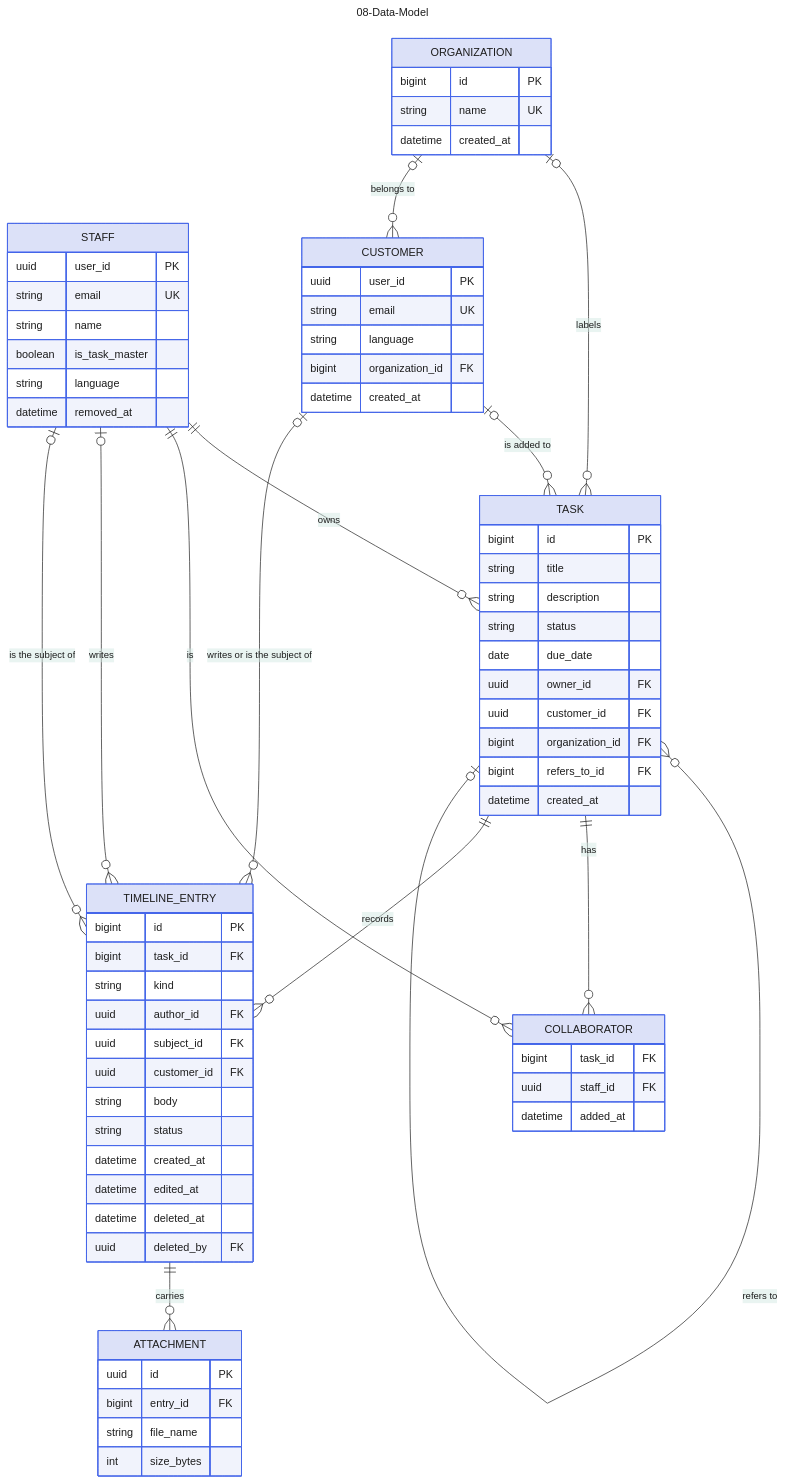
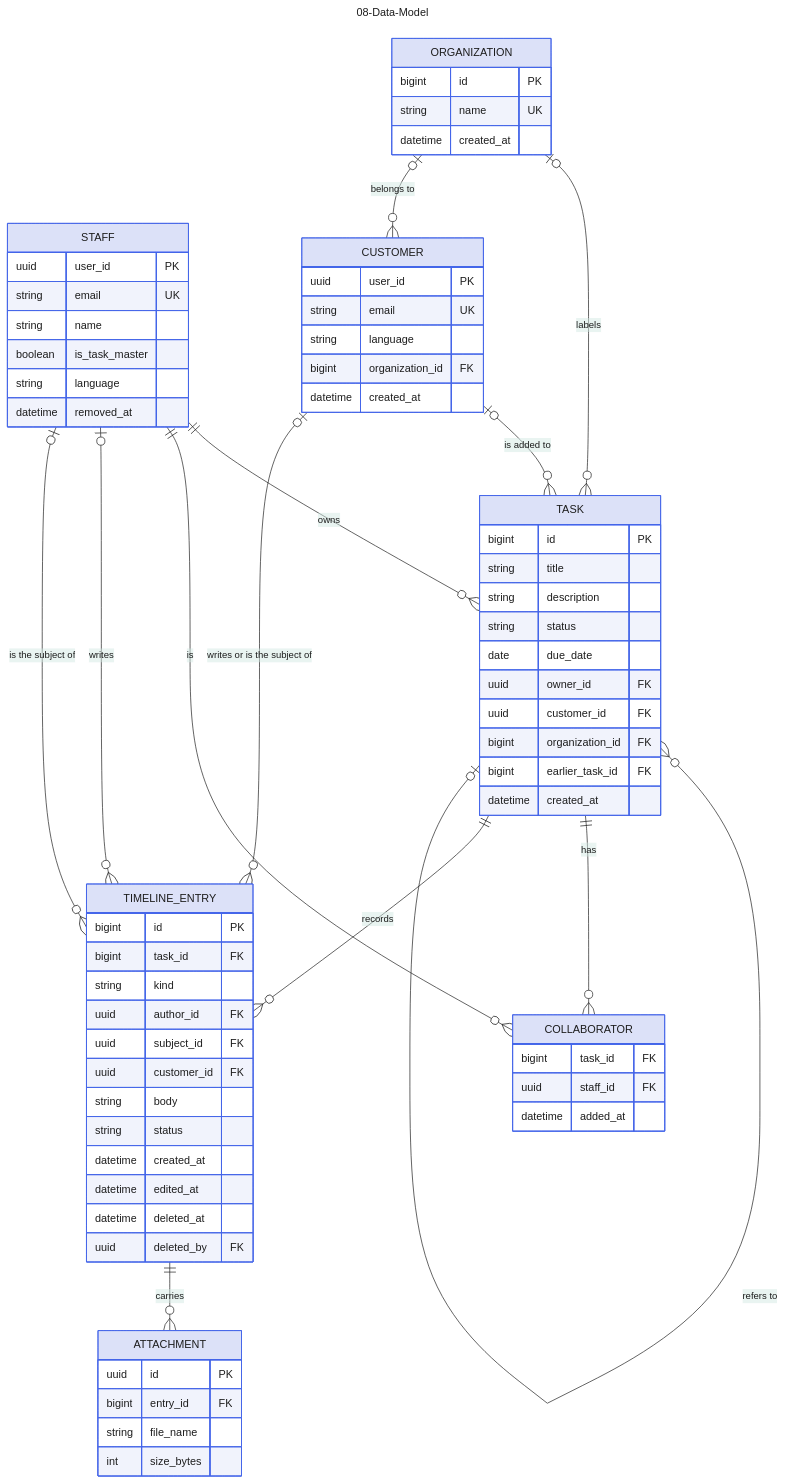
One commit to jedt3d/tasuku changed the diagram in docs/diagram/08-Data-Model.md. Above: the diagram before and after it, drawn with Mermaid. The commit also changed other lines of this file and 4 other files, not shown here.

Commit message:
docs: sync the diagrams with closing and cancelling (#8)

```diff
--- a/docs/diagram/08-Data-Model.md
+++ b/docs/diagram/08-Data-Model.md
@@ -106,7 +106,7 @@
     uuid owner_id FK
     uuid customer_id FK
     bigint organization_id FK
-    bigint refers_to_id FK
+    bigint earlier_task_id FK
     datetime created_at
   }
   COLLABORATOR {
```
